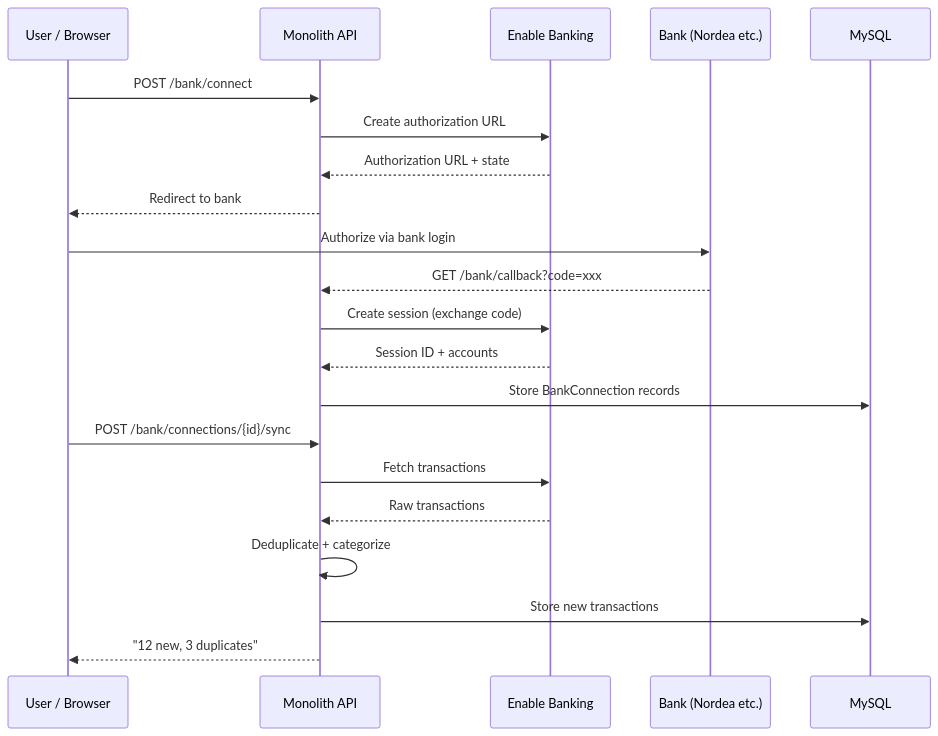
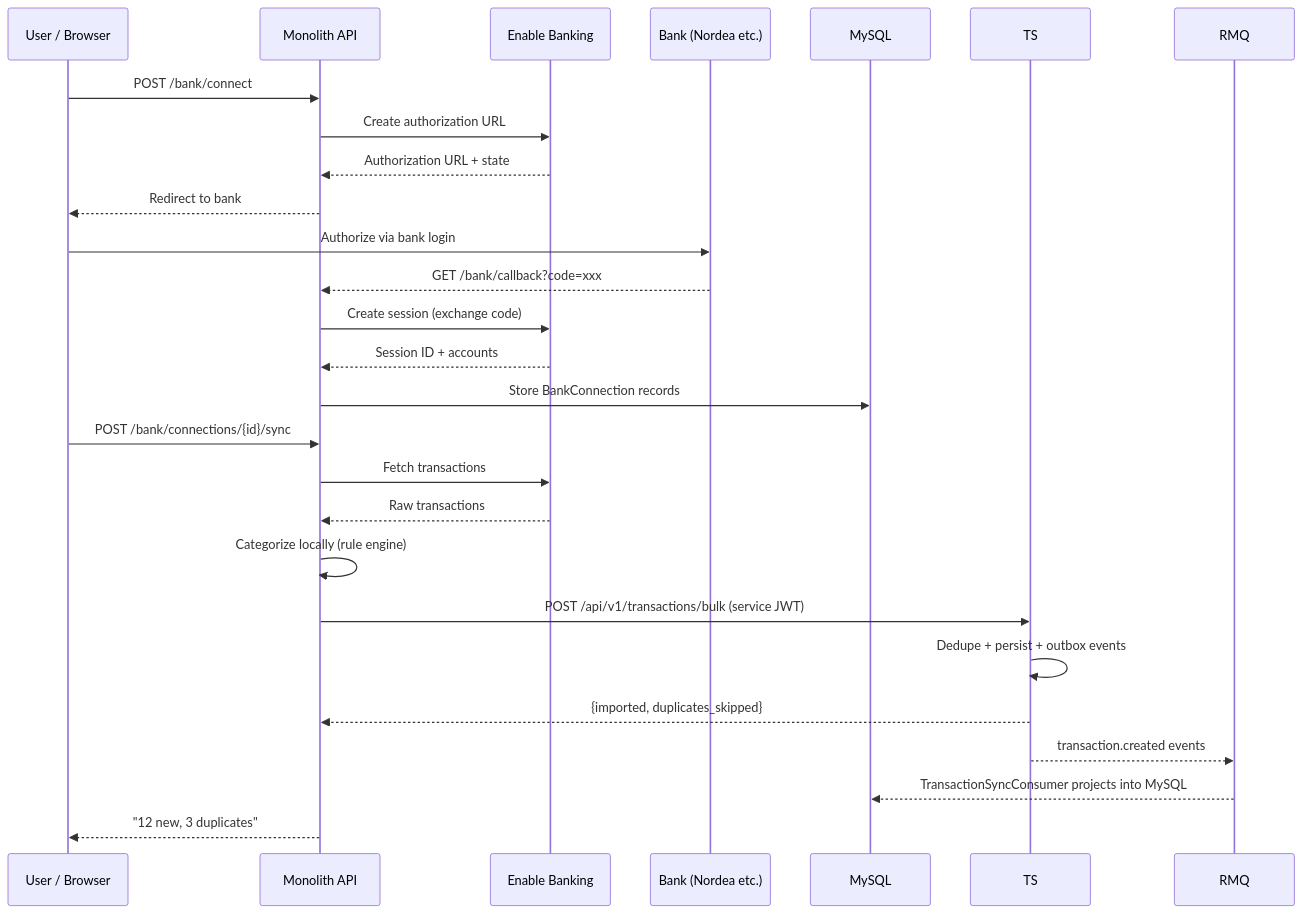
One commit to Jothom2912/Finance-Tracker changed the second of 5 diagrams in README.md. Above: the diagram before and after it, drawn with Mermaid. The commit also changed other lines of this file and 14 other files, not shown here.

````diff
--- a/README.md
+++ b/README.md
@@ -118,27 +118,31 @@
 ```mermaid
 sequenceDiagram
     participant User as User / Browser
     participant API as Monolith API
     participant EB as Enable Banking
     participant Bank as Bank (Nordea etc.)
     participant DB as MySQL
 
     User->>API: POST /bank/connect
     API->>EB: Create authorization URL
     EB-->>API: Authorization URL + state
     API-->>User: Redirect to bank
 
     User->>Bank: Authorize via bank login
     Bank-->>API: GET /bank/callback?code=xxx
 
     API->>EB: Create session (exchange code)
     EB-->>API: Session ID + accounts
     API->>DB: Store BankConnection records
 
     User->>API: POST /bank/connections/{id}/sync
     API->>EB: Fetch transactions
     EB-->>API: Raw transactions
-    API->>API: Deduplicate + categorize
-    API->>DB: Store new transactions
+    API->>API: Categorize locally (rule engine)
+    API->>TS: POST /api/v1/transactions/bulk (service JWT)
+    TS->>TS: Dedupe + persist + outbox events
+    TS-->>API: {imported, duplicates_skipped}
+    TS-->>RMQ: transaction.created events
+    RMQ-->>DB: TransactionSyncConsumer projects into MySQL
     API-->>User: "12 new, 3 duplicates"
 ```
````
